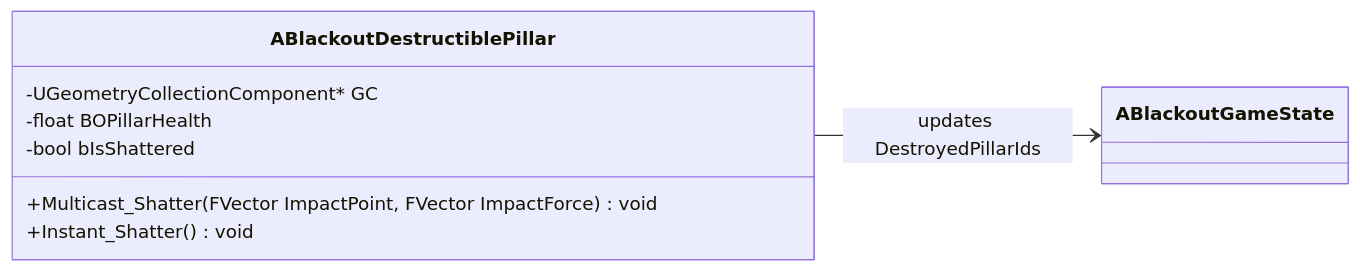
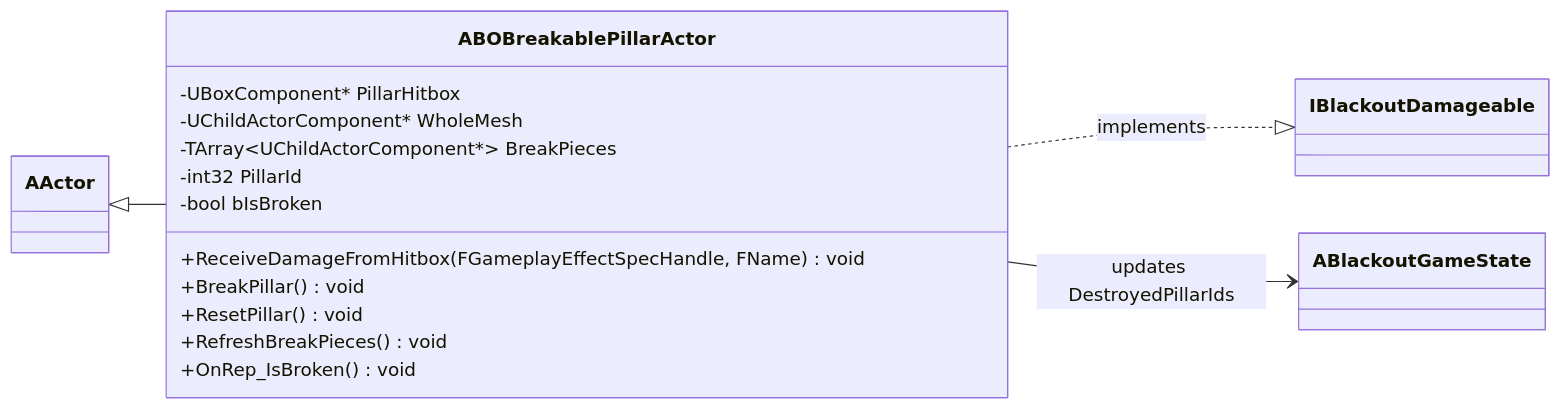
Diagram 11 of 15 in Docs/Project_Blackout_클래스다이어그램.md (seongwon1579/ProjectBlackout), drawn with Mermaid before and after one commit. The commit also changed other lines of this file and 24 other files, not shown here.

Commit message:
Docs: 클래스 다이어그램 최신화

````diff
--- a/Docs/Project_Blackout_클래스다이어그램.md
+++ b/Docs/Project_Blackout_클래스다이어그램.md
@@ -516,14 +575,22 @@
 ```mermaid
 classDiagram
     direction LR
 
-    class ABlackoutDestructiblePillar {
-        -UGeometryCollectionComponent* GC
-        -float BOPillarHealth
-        -bool bIsShattered
-        +Multicast_Shatter(FVector ImpactPoint, FVector ImpactForce) void
-        +Instant_Shatter() void
+    AActor <|-- ABOBreakablePillarActor
+    ABOBreakablePillarActor ..|> IBlackoutDamageable : implements
+
+    class ABOBreakablePillarActor {
+        -UBoxComponent* PillarHitbox
+        -UChildActorComponent* WholeMesh
+        -TArray~UChildActorComponent*~ BreakPieces
+        -int32 PillarId
+        -bool bIsBroken
+        +ReceiveDamageFromHitbox(FGameplayEffectSpecHandle, FName) void
+        +BreakPillar() void
+        +ResetPillar() void
+        +RefreshBreakPieces() void
+        +OnRep_IsBroken() void
     }
 
-    ABlackoutDestructiblePillar --> ABlackoutGameState : updates DestroyedPillarIds
+    ABOBreakablePillarActor --> ABlackoutGameState : updates DestroyedPillarIds
 ```
````
